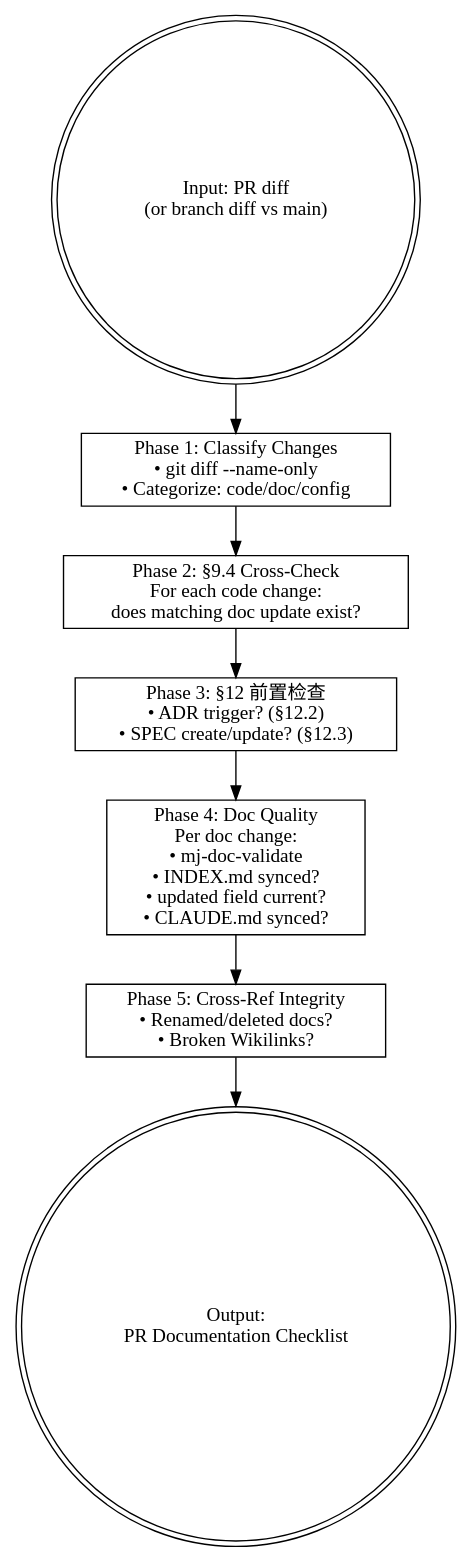
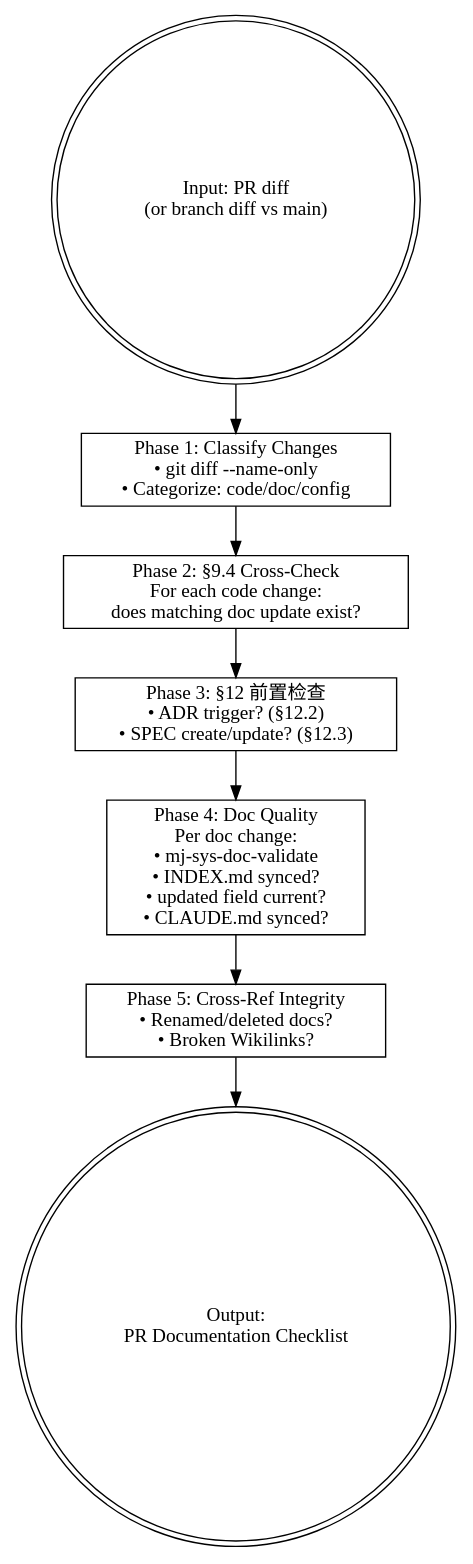
The diagram in plugins/mj-sys-doc/skills/mj-sys-doc-review/SKILL.md (MJ-AgentLab/mj-agentlab-marketplace), drawn with Graphviz before and after one commit. The commit also changed other lines of this file and 54 other files, not shown here.

First line of the commit message:
docs(plugins): update all CLAUDE.md / README.md / SKILL.md cross-references to mj-sys-* namespace

````diff
--- a/plugins/mj-sys-doc/skills/mj-sys-doc-review/SKILL.md
+++ b/plugins/mj-sys-doc/skills/mj-sys-doc-review/SKILL.md
@@ -14,20 +14,20 @@
 ```dot
 digraph review {
   rankdir=TB;
   input [label="Input: PR diff\n(or branch diff vs main)" shape=doublecircle];
 
   p1 [label="Phase 1: Classify Changes\n• git diff --name-only\n• Categorize: code/doc/config" shape=box];
 
   p2 [label="Phase 2: §9.4 Cross-Check\nFor each code change:\ndoes matching doc update exist?" shape=box];
 
   p3 [label="Phase 3: §12 前置检查\n• ADR trigger? (§12.2)\n• SPEC create/update? (§12.3)" shape=box];
 
-  p4 [label="Phase 4: Doc Quality\nPer doc change:\n• mj-doc-validate\n• INDEX.md synced?\n• updated field current?\n• CLAUDE.md synced?" shape=box];
+  p4 [label="Phase 4: Doc Quality\nPer doc change:\n• mj-sys-doc-validate\n• INDEX.md synced?\n• updated field current?\n• CLAUDE.md synced?" shape=box];
 
   p5 [label="Phase 5: Cross-Ref Integrity\n• Renamed/deleted docs?\n• Broken Wikilinks?" shape=box];
 
   report [label="Output:\nPR Documentation Checklist" shape=doublecircle];
 
   input -> p1 -> p2 -> p3 -> p4 -> p5 -> report;
 }
 ```
````
